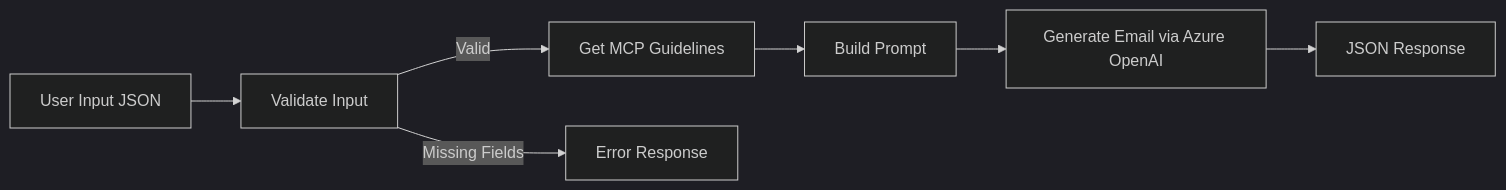
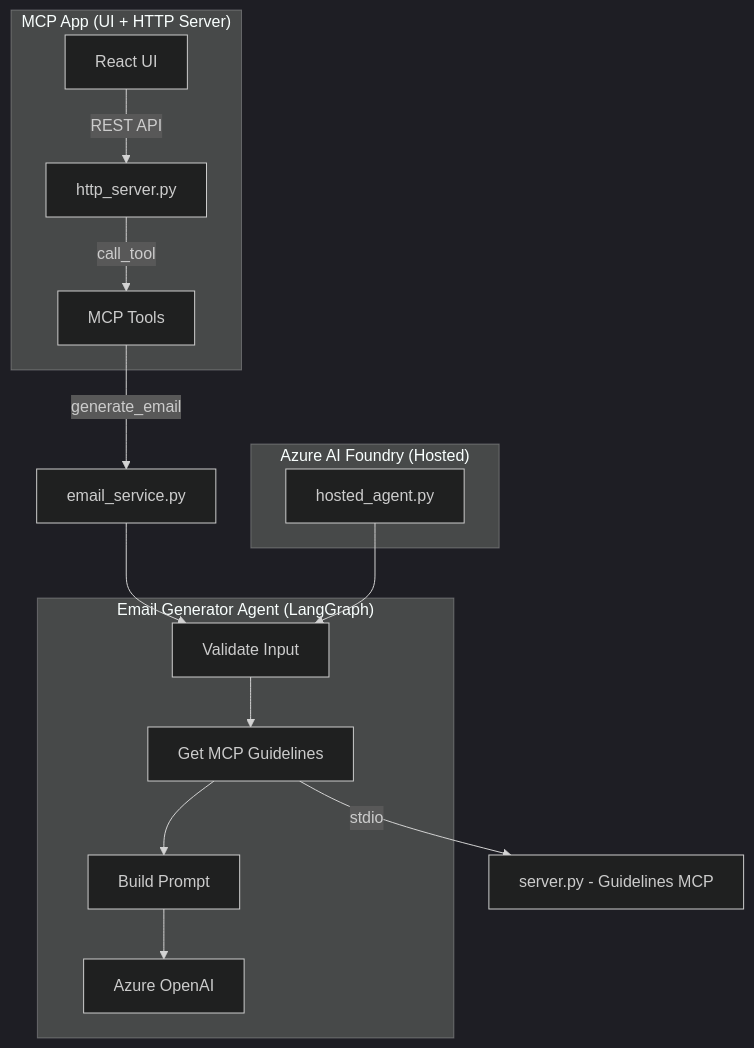
The diagram in README.md (KRUNALSINH-MRI/Email-Generator-Agent), drawn with Mermaid (dark theme) before and after one commit. The commit also changed other lines of this file, not shown here.

````diff
--- a/README.md
+++ b/README.md
@@ -7,9 +7,21 @@
 ```mermaid
-graph LR
-    A[User Input JSON] --> B[Validate Input]
-    B -->|Valid| C[Get MCP Guidelines]
-    B -->|Missing Fields| G[Error Response]
-    C --> D[Build Prompt]
-    D --> E[Generate Email via Azure OpenAI]
-    E --> F[JSON Response]
+graph TD
+    subgraph "MCP App (UI + HTTP Server)"
+        UI[React UI] -->|REST API| HTTP[http_server.py]
+        HTTP -->|call_tool| MCP_TOOLS[MCP Tools]
+    end
+
+    subgraph "Email Generator Agent (LangGraph)"
+        VALIDATE[Validate Input] --> GUIDELINES[Get MCP Guidelines]
+        GUIDELINES --> PROMPT[Build Prompt]
+        PROMPT --> LLM[Azure OpenAI]
+    end
+
+    MCP_TOOLS -->|generate_email| AGENT[email_service.py]
+    AGENT --> VALIDATE
+    GUIDELINES -->|stdio| SERVER[server.py - Guidelines MCP]
+
+    subgraph "Azure AI Foundry (Hosted)"
+        HOSTED[hosted_agent.py] --> VALIDATE
+    end
 ```
````
